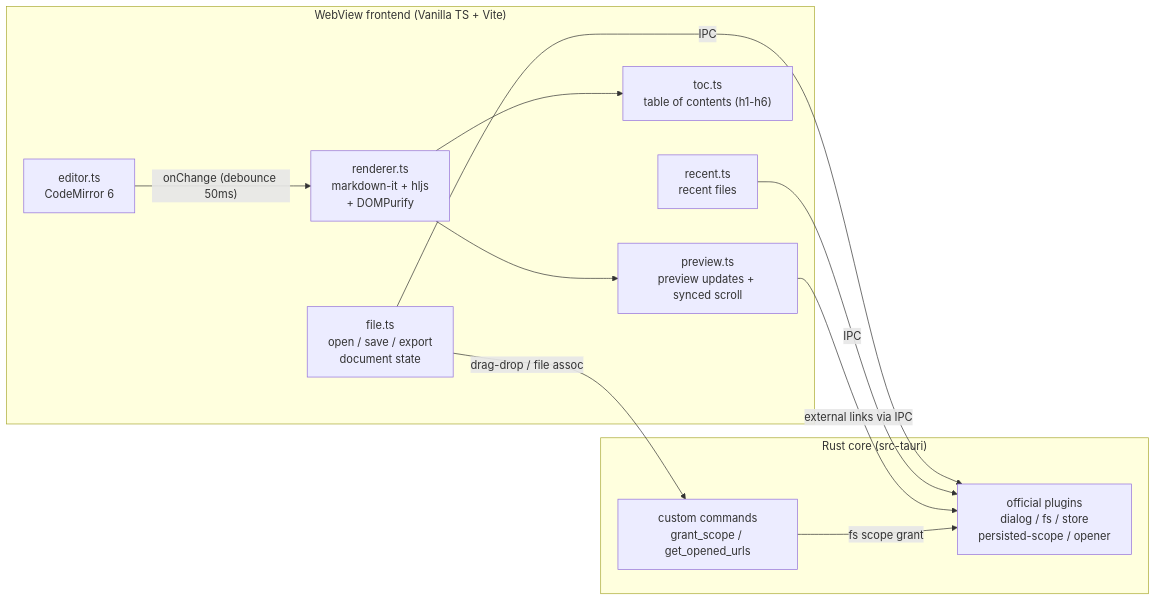
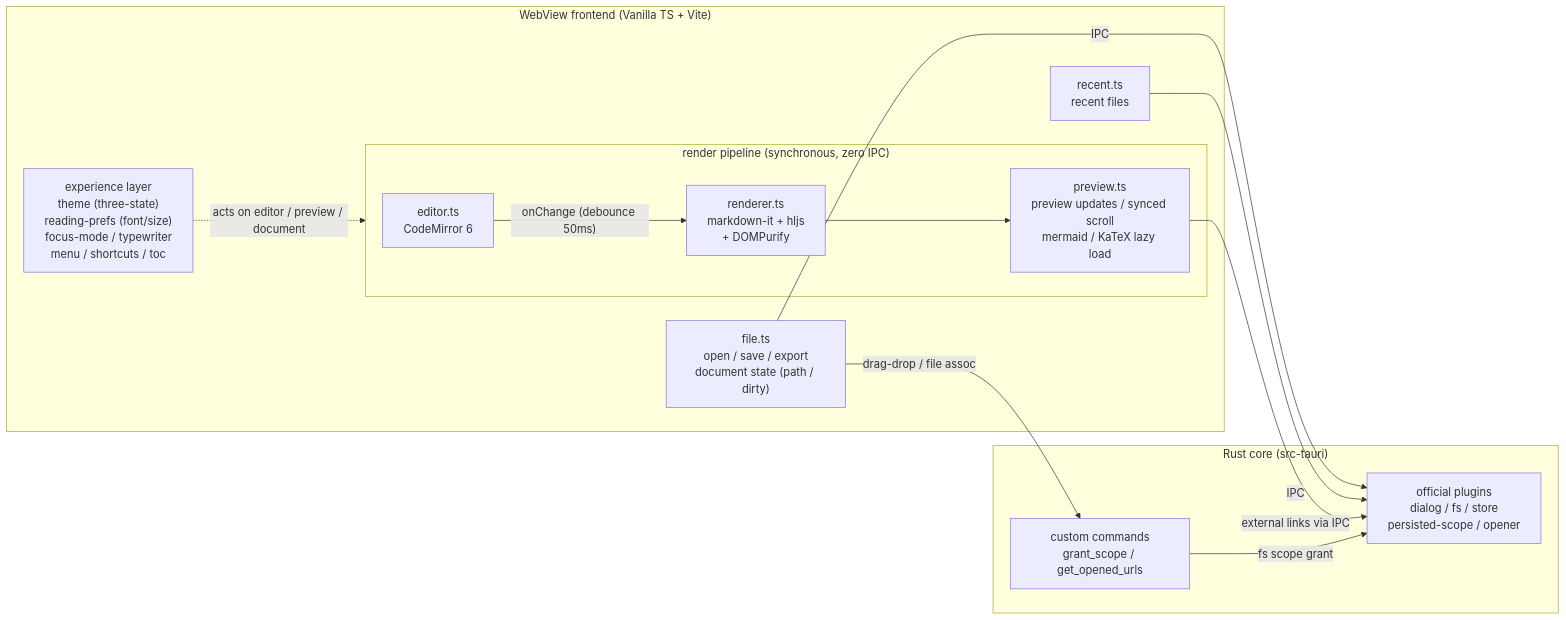
One commit to tznthou/plume changed the diagram in README_EN.md. Above: the diagram before and after it, drawn with Mermaid. The commit also changed other lines of this file and 1 other file, not shown here.

````diff
--- a/README_EN.md
+++ b/README_EN.md
@@ -36,23 +65,24 @@
 ```mermaid
 flowchart LR
     subgraph Frontend["WebView frontend (Vanilla TS + Vite)"]
-        Editor["editor.ts<br/>CodeMirror 6"]
-        Renderer["renderer.ts<br/>markdown-it + hljs<br/>+ DOMPurify"]
-        Preview["preview.ts<br/>preview updates + synced scroll"]
-        TOC["toc.ts<br/>table of contents (h1-h6)"]
-        File["file.ts<br/>open / save / export<br/>document state"]
+        subgraph Pipeline["render pipeline (synchronous, zero IPC)"]
+            Editor["editor.ts<br/>CodeMirror 6"]
+            Renderer["renderer.ts<br/>markdown-it + hljs<br/>+ DOMPurify"]
+            Preview["preview.ts<br/>preview updates / synced scroll<br/>mermaid / KaTeX lazy load"]
+        end
+        UX["experience layer<br/>theme (three-state)<br/>reading-prefs (font/size)<br/>focus-mode / typewriter<br/>menu / shortcuts / toc"]
+        File["file.ts<br/>open / save / export<br/>document state (path / dirty)"]
         Recent["recent.ts<br/>recent files"]
     end
     subgraph Rust["Rust core (src-tauri)"]
         Plugins["official plugins<br/>dialog / fs / store<br/>persisted-scope / opener"]
         Commands["custom commands<br/>grant_scope / get_opened_urls"]
     end
-    Editor -- "onChange (debounce 50ms)" --> Renderer
-    Renderer --> Preview
-    Renderer --> TOC
+    Editor -- "onChange (debounce 50ms)" --> Renderer --> Preview
+    UX -. "acts on editor / preview / document" .-> Pipeline
     File -- IPC --> Plugins
     Recent -- IPC --> Plugins
     Preview -- "external links via IPC" --> Plugins
     File -- "drag-drop / file assoc" --> Commands
     Commands -- "fs scope grant" --> Plugins
 ```
````
